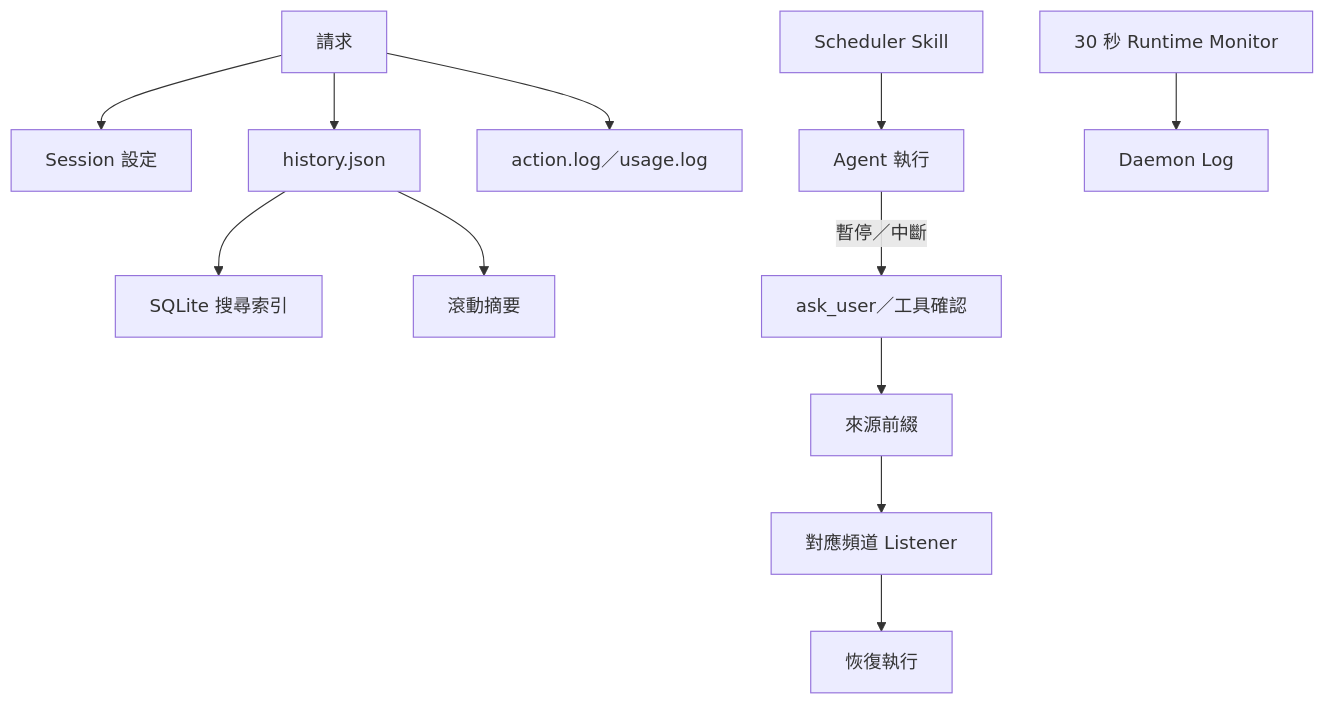
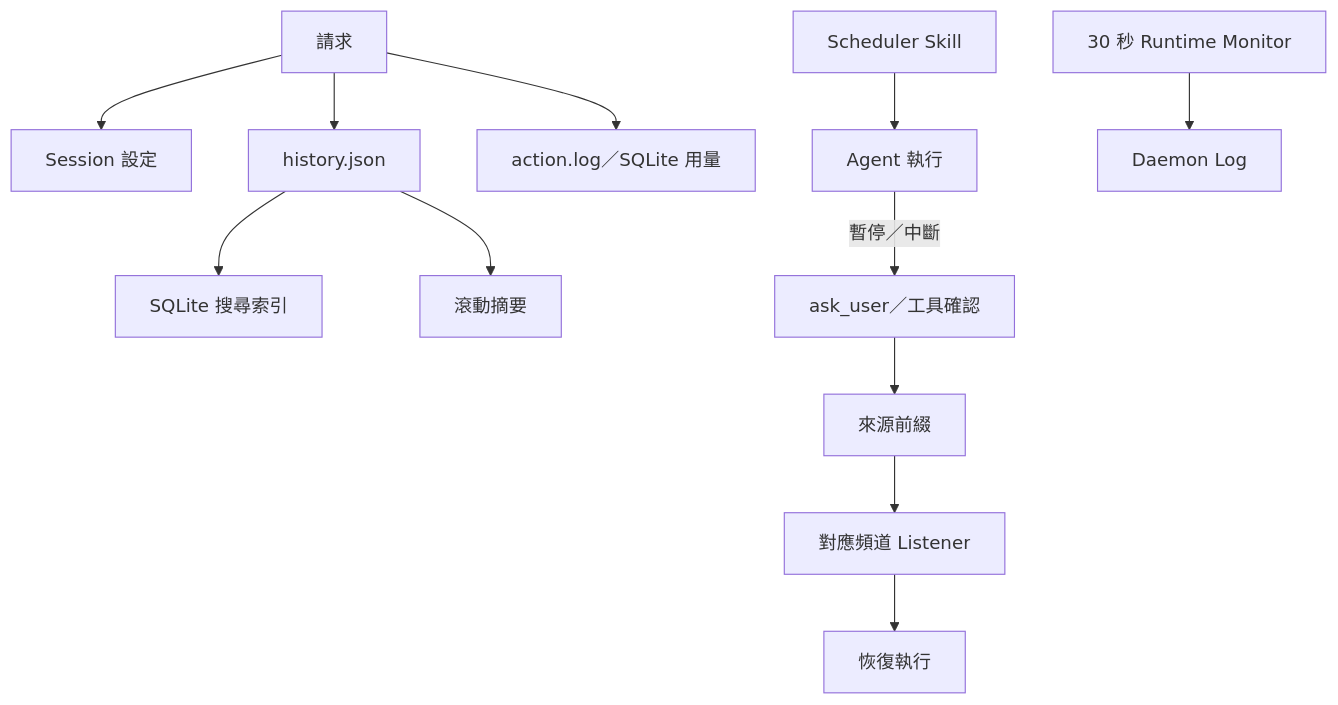
One commit to agenvoy/Agenvoy changed the sixth of 9 diagrams in doc/architecture.zh.md. Above: the diagram before and after it, drawn with Mermaid. The commit also changed other lines of this file and 3 other files, not shown here.

Commit message:
doc: Update architecture and runtime documentation

````diff
--- a/doc/architecture.zh.md
+++ b/doc/architecture.zh.md
@@ -114,14 +118,14 @@
 ```mermaid
 graph TB
     Request[請求] --> Session[Session 設定]
     Request --> History[history.json]
     History --> SQLite[SQLite 搜尋索引]
     History --> Summary[滾動摘要]
-    Request --> Logs[action.log／usage.log]
+    Request --> Logs[action.log／SQLite 用量]
     Pending[ask_user／工具確認] --> Origin[來源前綴]
     Origin --> Listener[對應頻道 Listener]
     Listener --> Resume[恢復執行]
     Execute -->|暫停／中斷| Pending
     Scheduler[Scheduler Skill] --> Execute[Agent 執行]
     Monitor[30 秒 Runtime Monitor] --> DaemonLog[Daemon Log]
 ```
````
